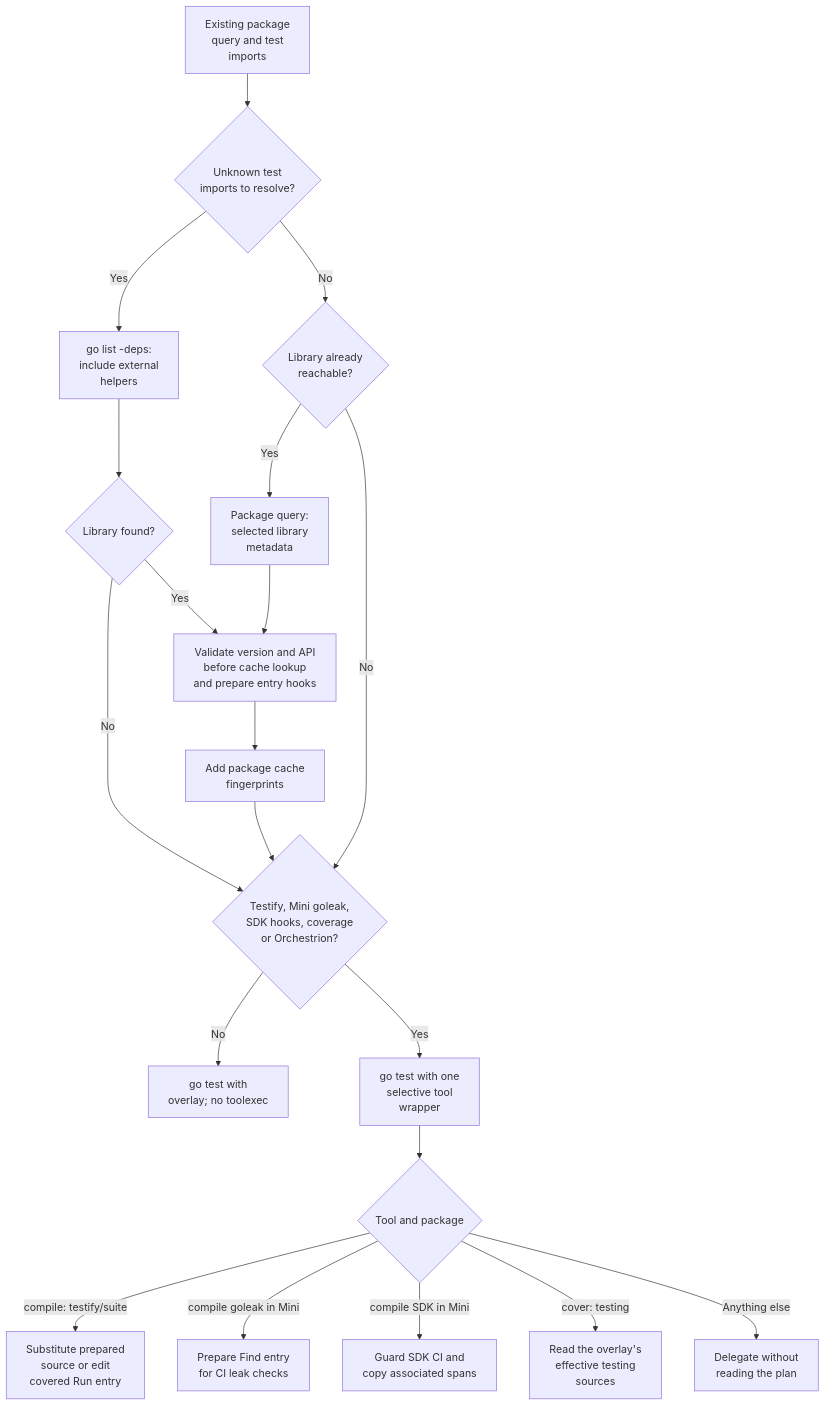
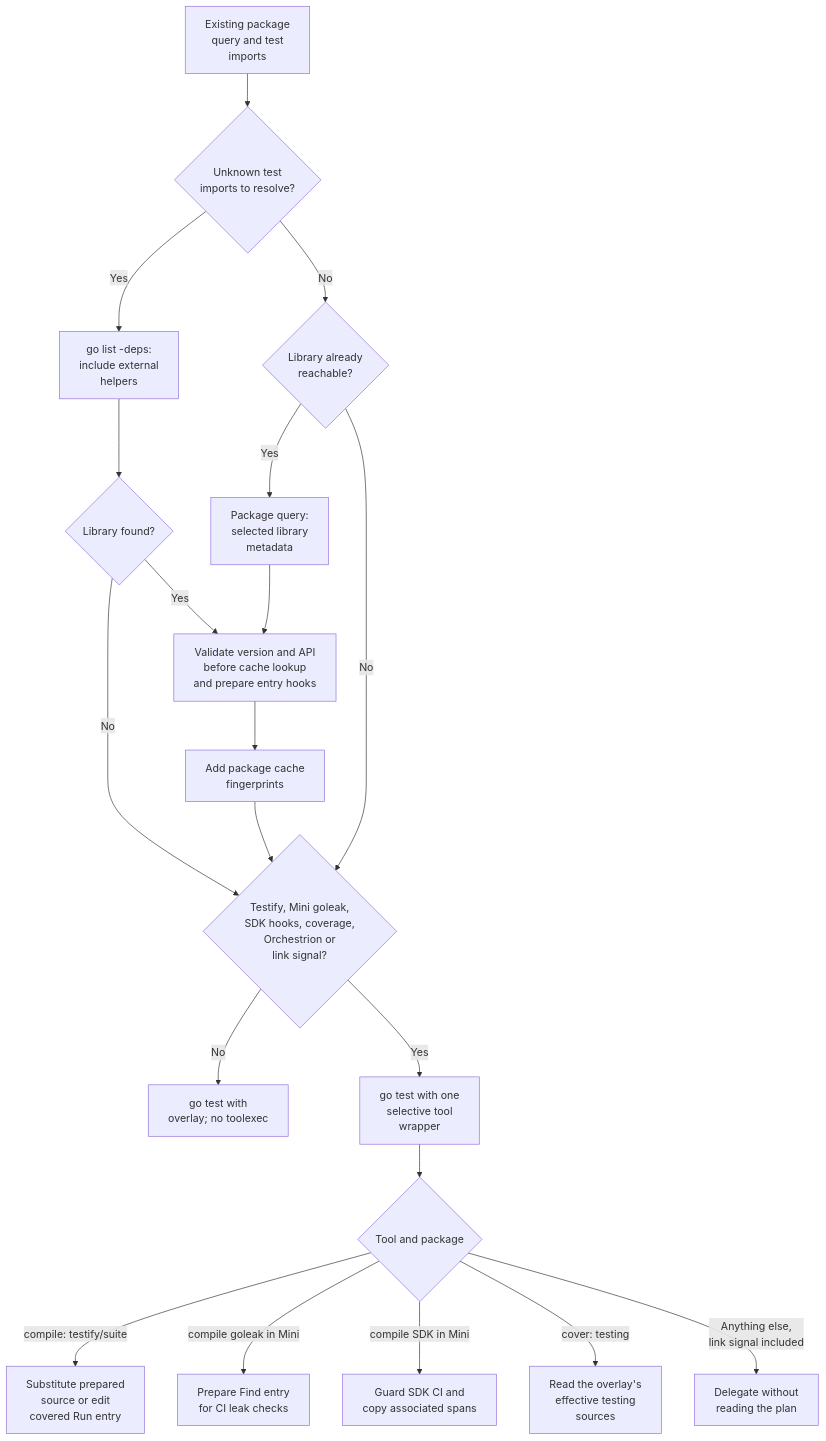
The first of 2 diagrams in ddto/docs/testify.md (DataDog/ddtest), drawn with Mermaid before and after one commit. The commit also changed other lines of this file and 266 other files, not shown here.

````diff
--- a/ddto/docs/testify.md
+++ b/ddto/docs/testify.md
@@ -80,22 +80,22 @@
 ```mermaid
 flowchart TD
     Resolve["Existing package<br/>query and test<br/>imports"] --> Unknown{"Unknown test<br/>imports to resolve?"}
     Unknown -->|Yes| Deps["go list -deps:<br/>include external<br/>helpers"]
     Unknown -->|No| Known{"Library already<br/>reachable?"}
     Known -->|Yes| Find["Package query:<br/>selected library<br/>metadata"]
     Known -->|No| Coverage
     Deps --> Found{"Library found?"}
     Found -->|No| Coverage
     Found -->|Yes| Prepare["Validate version and API<br/>before cache lookup<br/>and prepare entry hooks"]
     Find --> Prepare
     Prepare --> Fingerprint["Add package cache<br/>fingerprints"]
-    Fingerprint --> Coverage{"Testify, Mini goleak,<br/>SDK hooks, coverage<br/>or Orchestrion?"}
+    Fingerprint --> Coverage{"Testify, Mini goleak,<br/>SDK hooks, coverage,<br/>Orchestrion or<br/>link signal?"}
     Coverage -->|No| Native["go test with<br/>overlay; no toolexec"]
     Coverage -->|Yes| Tool["go test with one<br/>selective tool<br/>wrapper"]
     Tool --> Dispatch{"Tool and package"}
     Dispatch -->|compile: testify/suite| Entry["Substitute prepared<br/>source or edit<br/>covered Run entry"]
     Dispatch -->|compile goleak in Mini| Goleak["Prepare Find entry<br/>for CI leak checks"]
     Dispatch -->|compile SDK in Mini| SDK["Guard SDK CI and<br/>copy associated spans"]
     Dispatch -->|cover: testing| Bridge["Read the overlay's<br/>effective testing<br/>sources"]
-    Dispatch -->|Anything else| Bypass["Delegate without<br/>reading the plan"]
+    Dispatch -->|Anything else,<br/>link signal included| Bypass["Delegate without<br/>reading the plan"]
 ```
````
